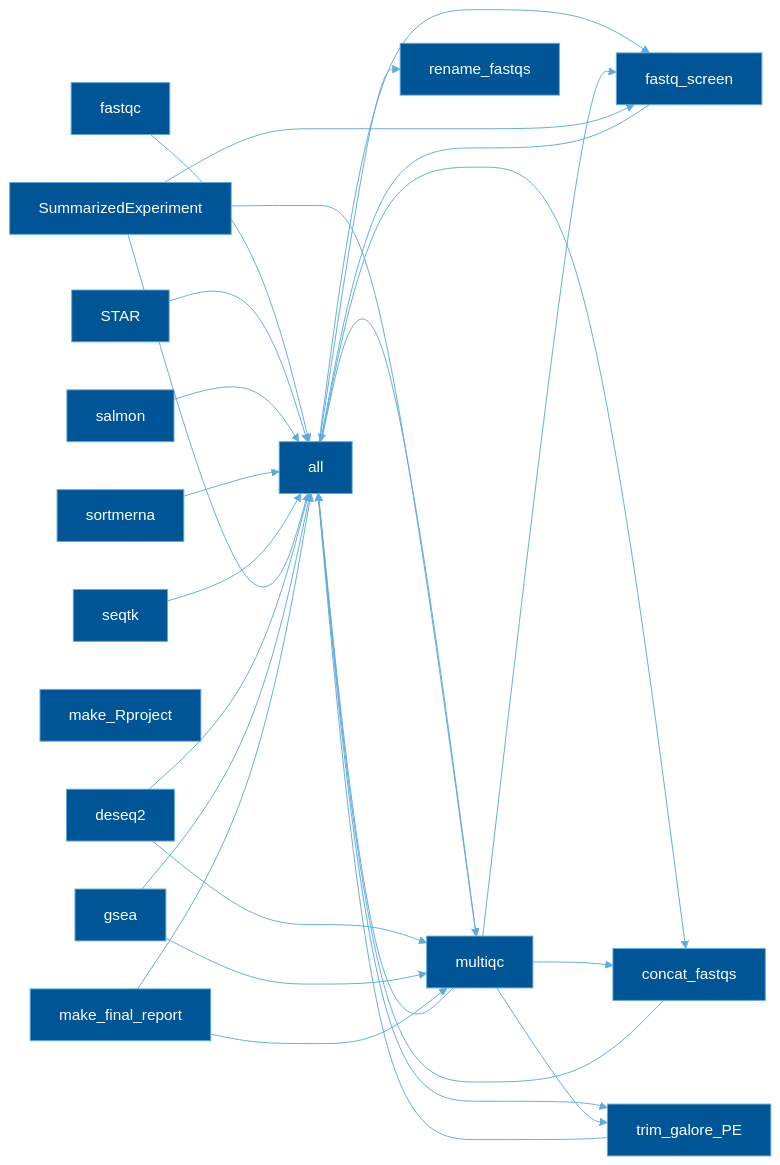
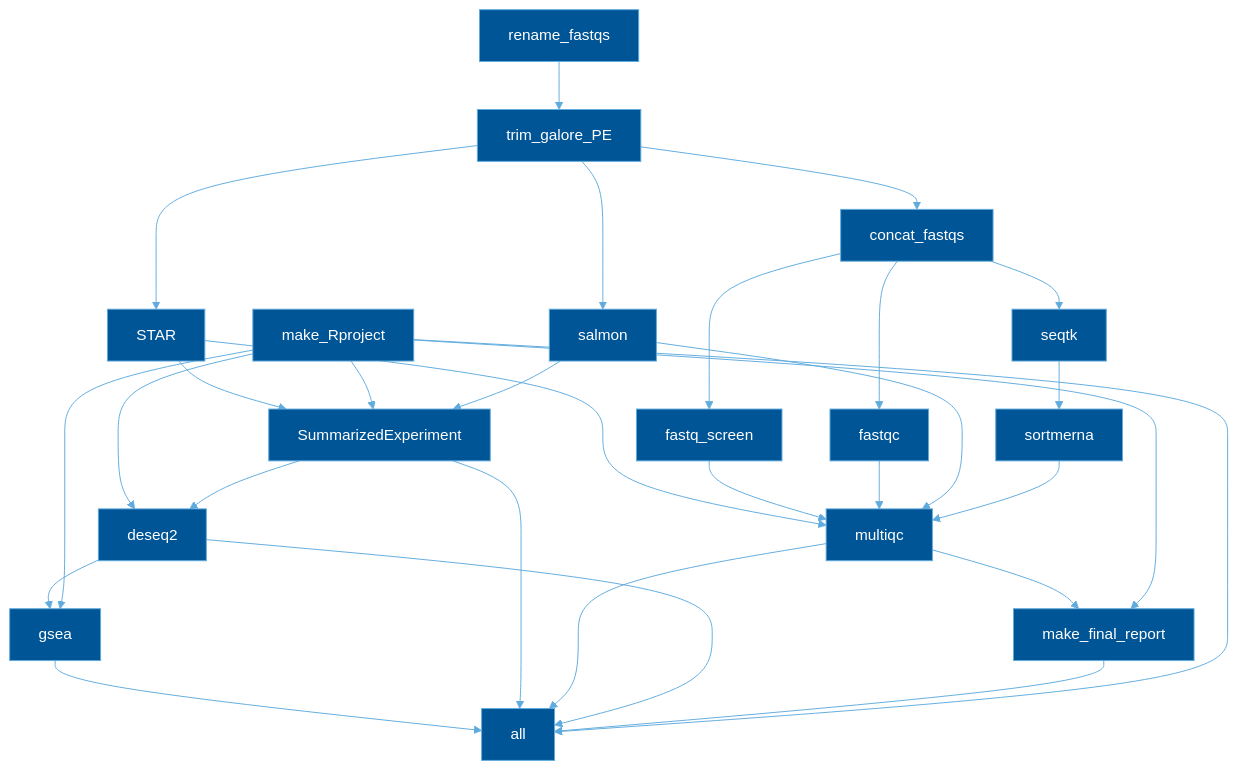
The diagram in README.md (vari-bbc/rnaseq_workflow), drawn with Mermaid before and after one commit.

Commit message:
fix clearly wrong DAG.

````diff
--- a/README.md
+++ b/README.md
@@ -56,58 +56,60 @@
 ```mermaid
 ---
 config:
   look: classic
   theme: base
   themeVariables: {
       'primaryColor': '#005596',
       'primaryTextColor': '#fff',
       'primaryBorderColor': '#60abde',
       'lineColor': '#60abde',
       'secondaryColor': '#006100',
       'tertiaryColor': '#fff'
     }
 ---
-flowchart LR
+flowchart TB
 	id0[all]
 	id1[multiqc]
 	id2[fastq_screen]
 	id3[concat_fastqs]
 	id4[trim_galore_PE]
 	id5[rename_fastqs]
 	id6[fastqc]
 	id7[STAR]
 	id8[salmon]
 	id9[sortmerna]
 	id10[seqtk]
 	id11[SummarizedExperiment]
 	id12[make_Rproject]
 	id13[deseq2]
 	id14[gsea]
 	id15[make_final_report]
-	id0 --> id1
-	id0 --> id2
-	id0 --> id3
-	id0 --> id4
-	id0 --> id5
-	id1 --> id0
-	id1 --> id2
-	id1 --> id3
-	id1 --> id4
-	id2 --> id0
-	id3 --> id0
-	id4 --> id0
-	id6 --> id0
-	id7 --> id0
-	id8 --> id0
-	id9 --> id0
-	id10 --> id0
-	id11 --> id0
-	id11 --> id1
-	id11 --> id2
-	id13 --> id0
-	id13 --> id1
-	id14 --> id0
-	id14 --> id1
-	id15 --> id0
-	id15 --> id1
+    id14 --> id0
+    id11 --> id0
+    id1 --> id0
+    id13 --> id0
+    id15 --> id0
+    id12 --> id0
+    id7 --> id1
+    id2 --> id1
+    id6 --> id1
+    id8 --> id1
+    id9 --> id1
+    id3 --> id2
+    id4 --> id3
+    id5 --> id4
+    id3 --> id6
+    id4 --> id7
+    id4 --> id8
+    id10 --> id9
+    id3 --> id10
+    id7 --> id11
+    id12 --> id11
+    id8 --> id11
+    id12 --> id13
+    id11 --> id13
+    id13 --> id14
+    id12 --> id14
+    id1 --> id15
+    id12 --> id15
 ```
````
